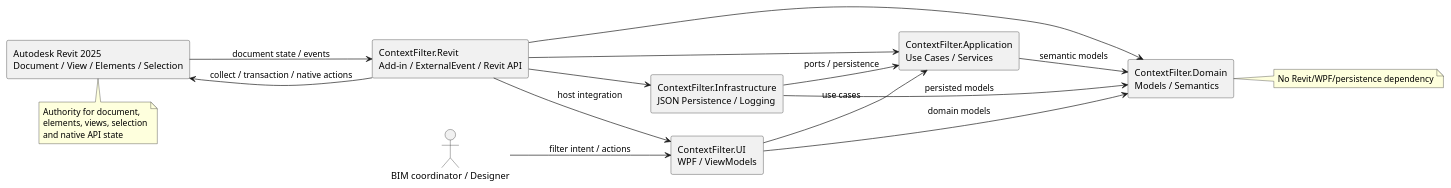
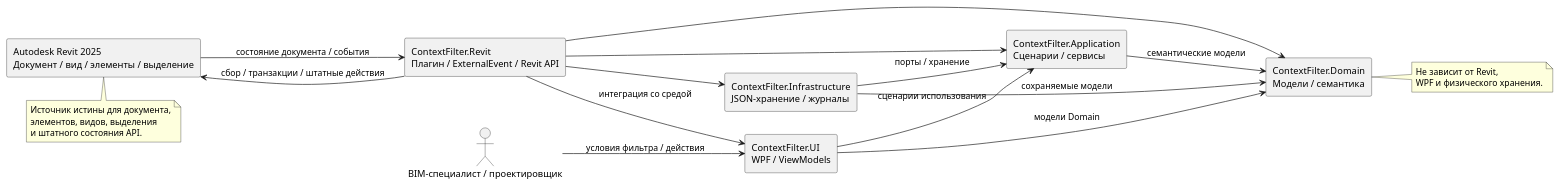
Before and after one commit to branch-danya-dev/revit-context-filter-analisys: the diagram in system/architecture/system-map.puml, drawn with PlantUML. The commit also changed 19 other files, not shown here.

```diff
--- a/system/architecture/system-map.puml
+++ b/system/architecture/system-map.puml
@@ -1,35 +1,36 @@
 @startuml
 skinparam componentStyle rectangle
 left to right direction
 
-actor "BIM coordinator / Designer" as User
+actor "BIM-специалист / проектировщик" as User
 component "ContextFilter.UI\nWPF / ViewModels" as UI
-component "ContextFilter.Application\nUse Cases / Services" as App
-component "ContextFilter.Domain\nModels / Semantics" as Domain
-component "ContextFilter.Infrastructure\nJSON Persistence / Logging" as Infra
-component "ContextFilter.Revit\nAdd-in / ExternalEvent / Revit API" as RevitPlugin
-component "Autodesk Revit 2025\nDocument / View / Elements / Selection" as RevitHost
+component "ContextFilter.Application\nСценарии / сервисы" as App
+component "ContextFilter.Domain\nМодели / семантика" as Domain
+component "ContextFilter.Infrastructure\nJSON-хранение / журналы" as Infra
+component "ContextFilter.Revit\nПлагин / ExternalEvent / Revit API" as RevitPlugin
+component "Autodesk Revit 2025\nДокумент / вид / элементы / выделение" as RevitHost
 
-User --> UI : filter intent / actions
-UI --> App : use cases
-UI --> Domain : domain models
-App --> Domain : semantic models
-Infra --> App : ports / persistence
-Infra --> Domain : persisted models
-RevitPlugin --> UI : host integration
+User --> UI : условия фильтра / действия
+UI --> App : сценарии использования
+UI --> Domain : модели Domain
+App --> Domain : семантические модели
+Infra --> App : порты / хранение
+Infra --> Domain : сохраняемые модели
+RevitPlugin --> UI : интеграция со средой
 RevitPlugin --> Infra
 RevitPlugin --> App
 RevitPlugin --> Domain
-RevitPlugin --> RevitHost : collect / transaction / native actions
-RevitHost --> RevitPlugin : document state / events
+RevitPlugin --> RevitHost : сбор / транзакции / штатные действия
+RevitHost --> RevitPlugin : состояние документа / события
 
 note right of Domain
-No Revit/WPF/persistence dependency
+Не зависит от Revit,
+WPF и физического хранения.
 end note
 
 note bottom of RevitHost
-Authority for document,
-elements, views, selection
-and native API state
+Источник истины для документа,
+элементов, видов, выделения
+и штатного состояния API.
 end note
 @enduml
```
